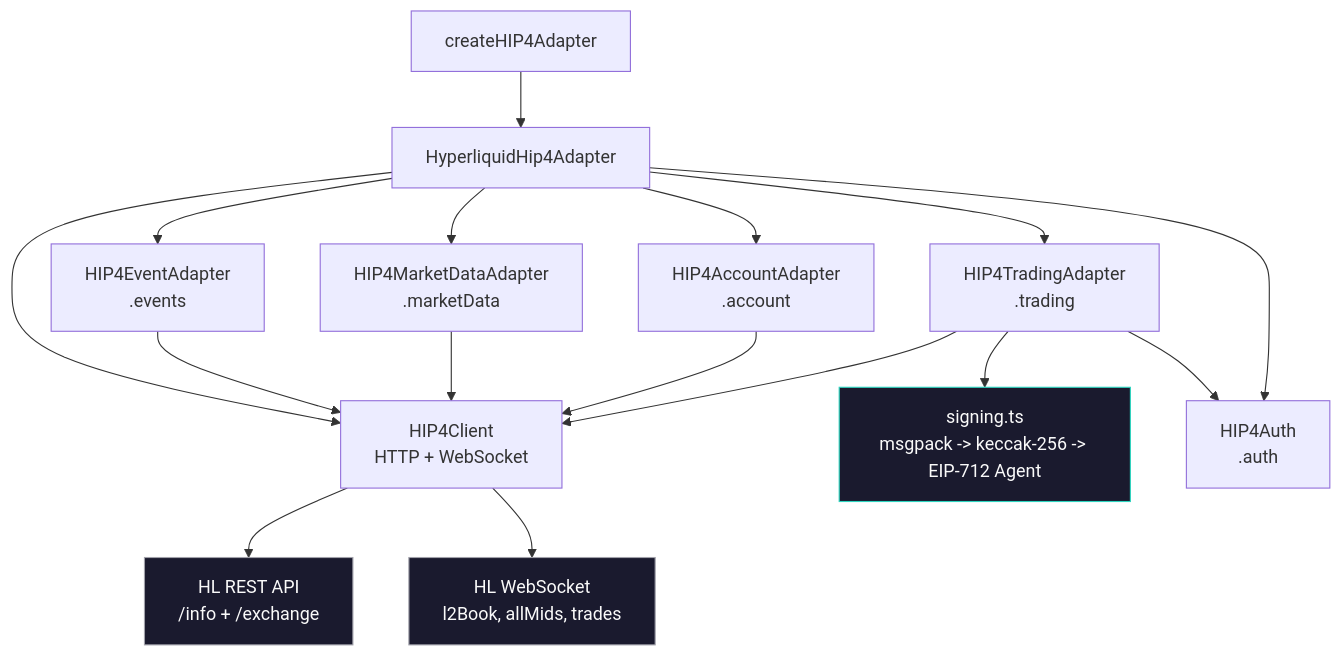
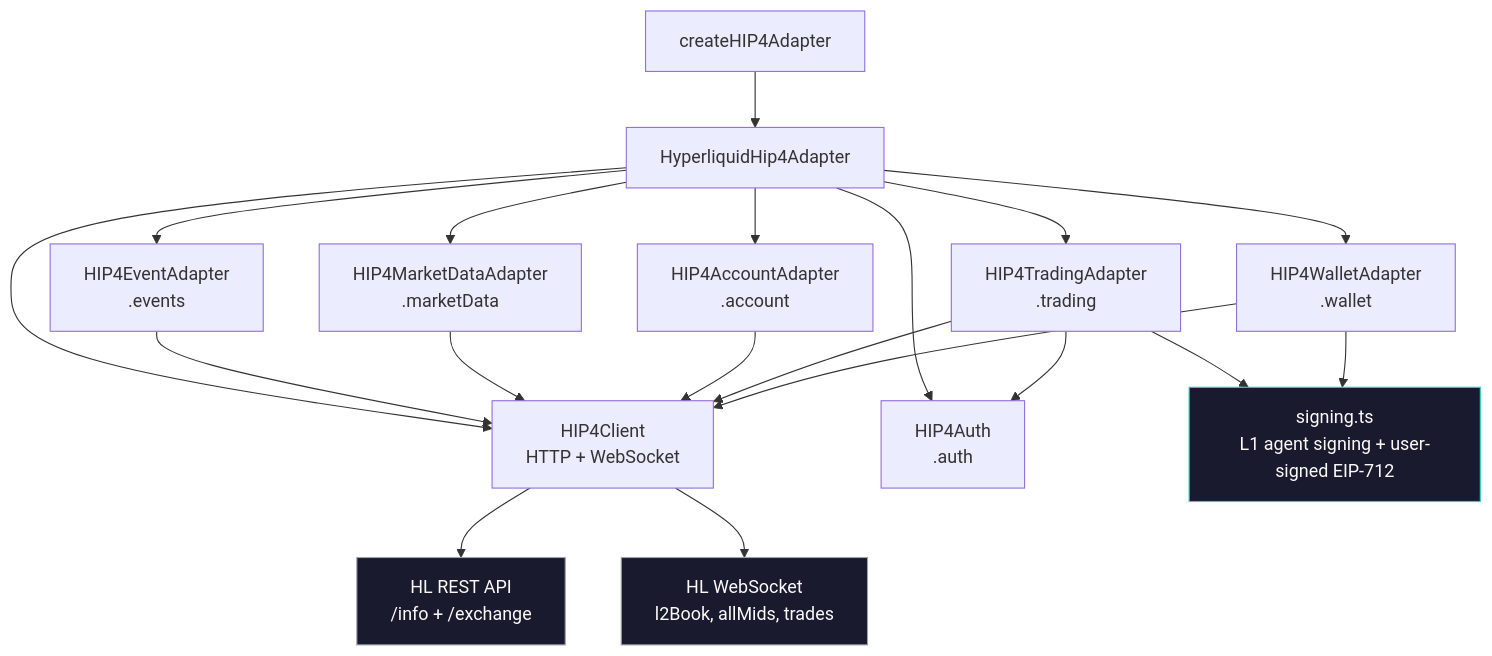
The diagram in README.md (perps-studio/hip-4), drawn with Mermaid before and after one commit. The commit also changed other lines of this file and 17 other files, not shown here.

````diff
--- a/README.md
+++ b/README.md
@@ -19,24 +19,27 @@
 ```mermaid
 graph TD
     A[createHIP4Adapter] --> B[HyperliquidHip4Adapter]
     B --> C[HIP4Client<br/>HTTP + WebSocket]
     B --> D[HIP4EventAdapter<br/>.events]
     B --> E[HIP4MarketDataAdapter<br/>.marketData]
     B --> F[HIP4AccountAdapter<br/>.account]
     B --> G[HIP4TradingAdapter<br/>.trading]
     B --> H[HIP4Auth<br/>.auth]
+    B --> W[HIP4WalletAdapter<br/>.wallet]
 
     D --> C
     E --> C
     F --> C
     G --> C
-    G --> I[signing.ts<br/>msgpack -> keccak-256 -> EIP-712 Agent]
+    W --> C
+    G --> I[signing.ts<br/>L1 agent signing + user-signed EIP-712]
+    W --> I
     G --> H
 
     C --> J[HL REST API<br/>/info + /exchange]
     C --> K[HL WebSocket<br/>l2Book, allMids, trades]
 
     style I fill:#1a1a2e,stroke:#2dd4bf,color:#fafafa
     style J fill:#1a1a2e,stroke:#a1a1aa,color:#fafafa
     style K fill:#1a1a2e,stroke:#a1a1aa,color:#fafafa
 ```
````
